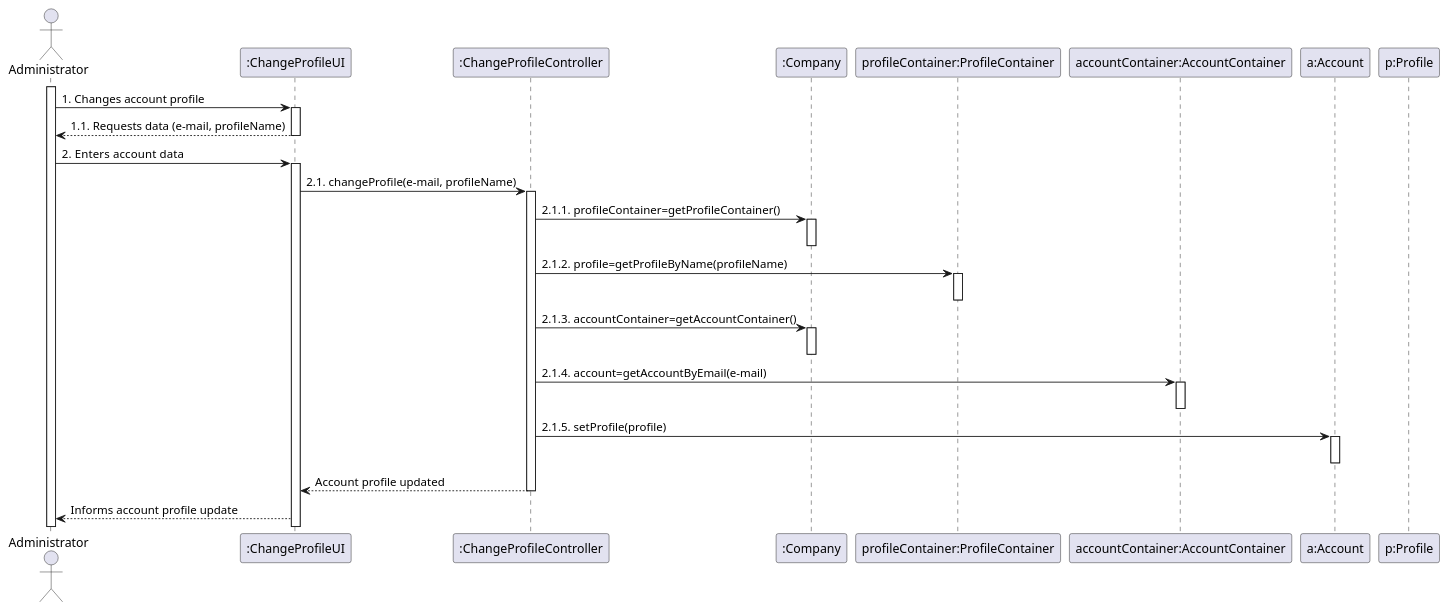
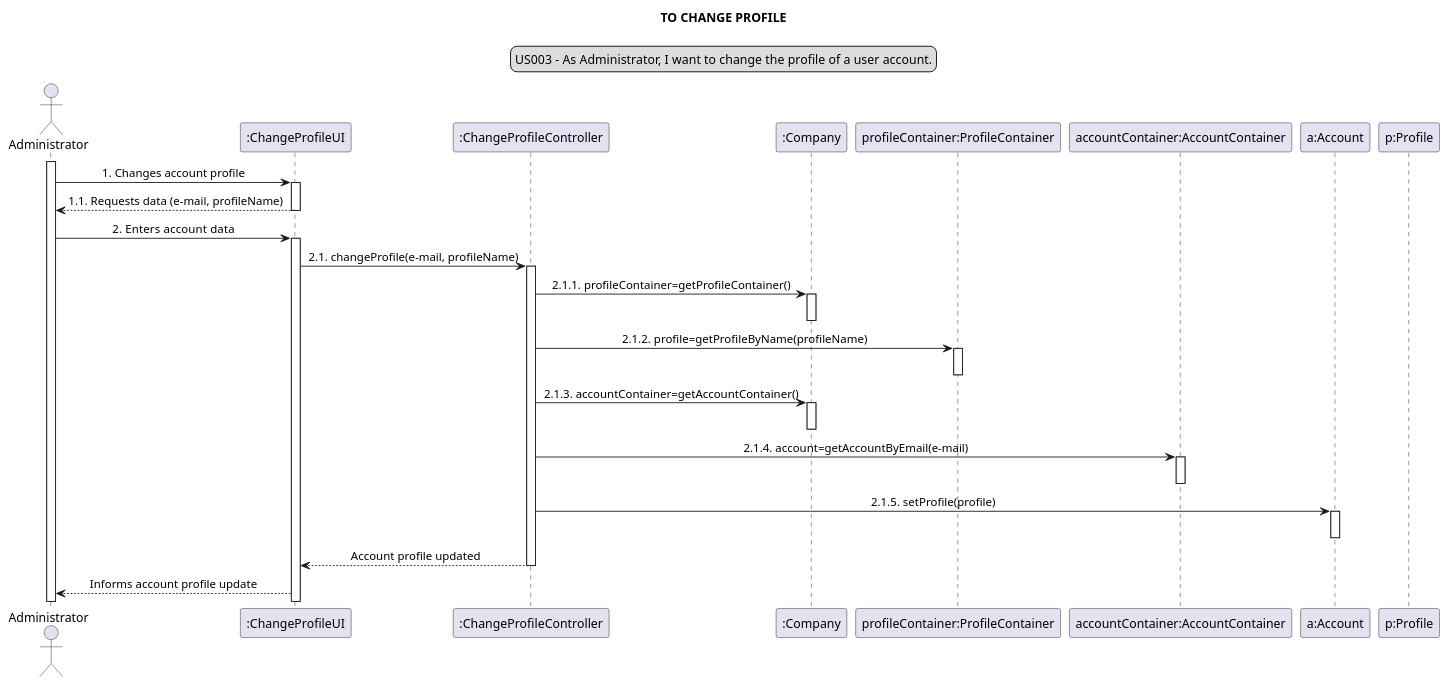
One commit to Loracline/project_switch_22-23 changed the diagram in docs/modelling_design/user_stories/us003/US003_Sequence_Diagram.puml. Above: the diagram before and after it, drawn with PlantUML. The commit also changed 6 other files, not shown here.

Commit message:
Sequence Diagrams | Update and refinement according to new version

```diff
--- a/docs/modelling_design/user_stories/us003/US003_Sequence_Diagram.puml
+++ b/docs/modelling_design/user_stories/us003/US003_Sequence_Diagram.puml
@@ -1,41 +1,45 @@
 @startuml
 
-
+skinparam sequenceMessageAlign center
+title TO CHANGE PROFILE
+legend top
+US003 - As Administrator, I want to change the profile of a user account.
+end legend
 actor Administrator
 participant ":ChangeProfileUI" as ui
 participant ":ChangeProfileController" as controller
 participant ":Company" as company
 participant "profileContainer:ProfileContainer" as pcontainer
 participant "accountContainer:AccountContainer" as acontainer
 participant "a:Account" as account
 participant "p:Profile" as pprofile
 
 activate Administrator
 Administrator -> ui: 1. Changes account profile
 activate ui
 Administrator <-- ui: 1.1. Requests data (e-mail, profileName)
 deactivate ui
 Administrator -> ui: 2.  Enters account data
 activate ui
 ui -> controller: 2.1. changeProfile(e-mail, profileName)
 activate controller
 controller -> company: 2.1.1. profileContainer=getProfileContainer()
 activate company
 deactivate company
 controller -> pcontainer: 2.1.2. profile=getProfileByName(profileName)
 activate pcontainer
 deactivate pcontainer
 controller-> company: 2.1.3. accountContainer=getAccountContainer()
 activate company
 deactivate company
 controller -> acontainer: 2.1.4. account=getAccountByEmail(e-mail)
 activate acontainer
 deactivate acontainer
 controller -> account: 2.1.5. setProfile(profile)
 activate account
 deactivate account
 controller --> ui: Account profile updated
 deactivate controller
 ui --> Administrator: Informs account profile update
 
 @enduml
```
